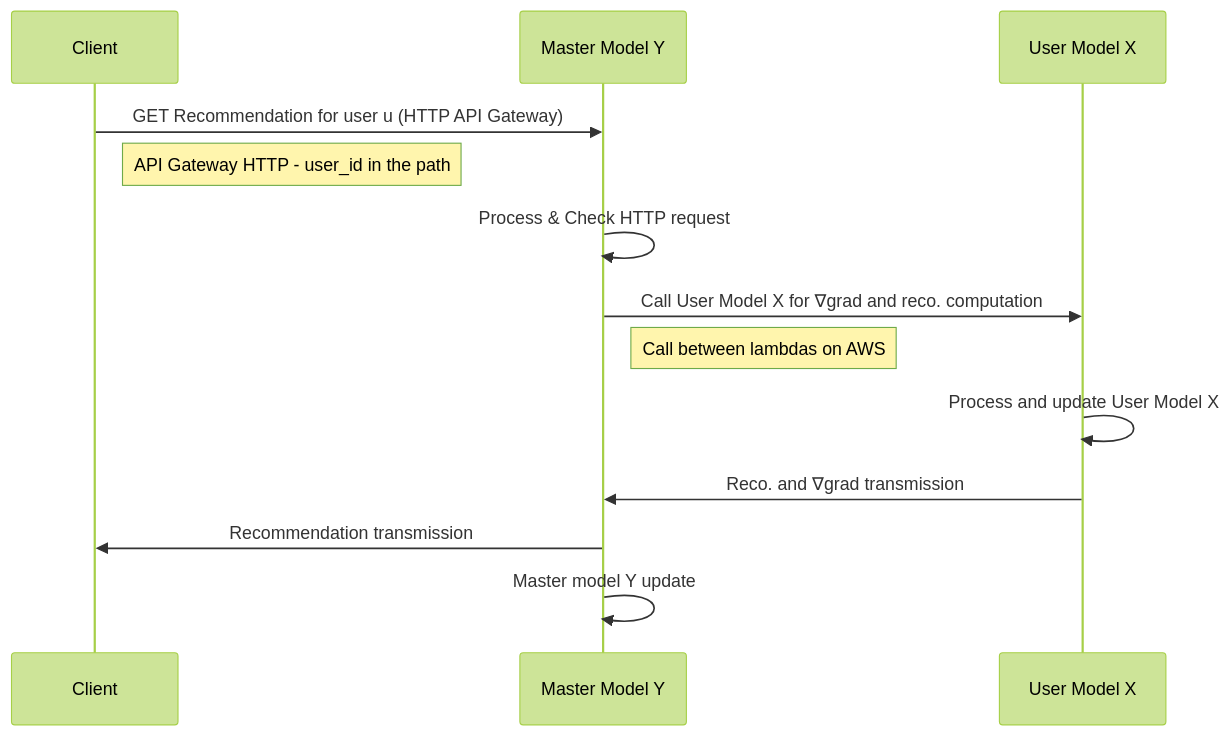
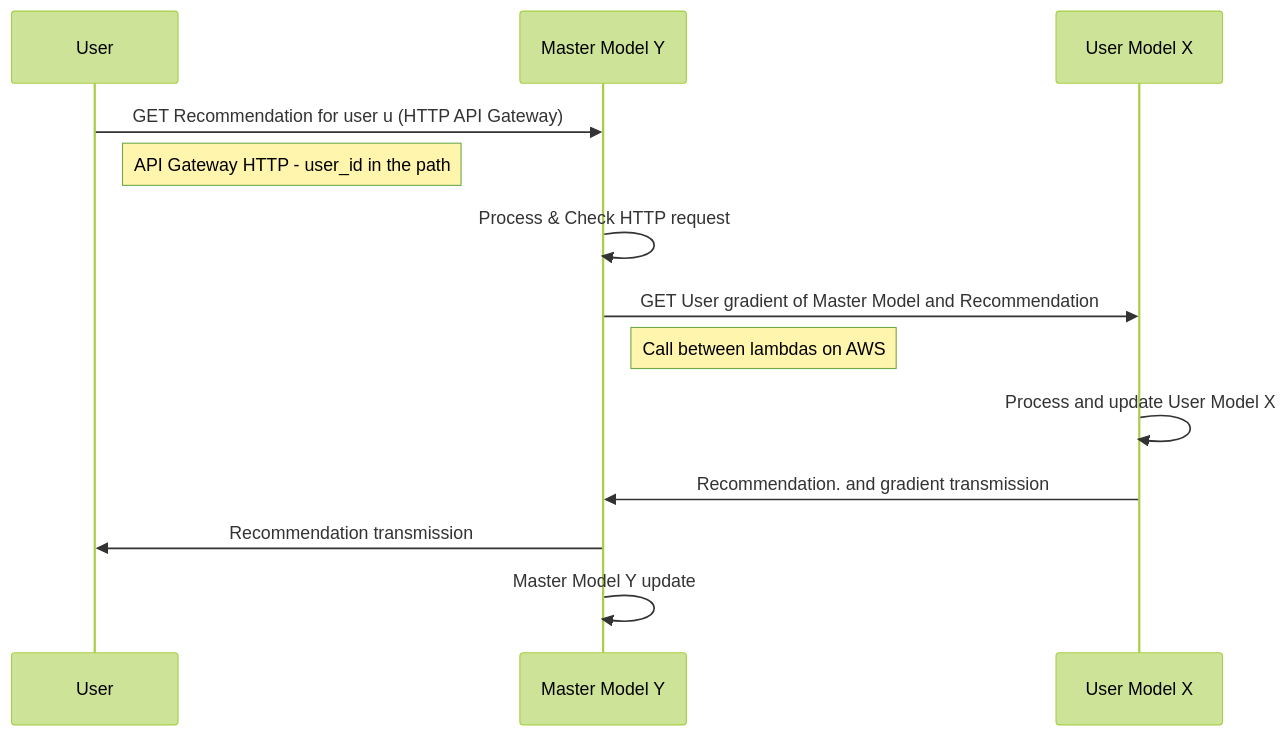
The first of 2 diagrams in recommender-system/README.md (AdrKacz/super-duper-guacamole), drawn with Mermaid (forest theme) before and after one commit. The commit also changed other lines of this file, not shown here.

````diff
--- a/recommender-system/README.md
+++ b/recommender-system/README.md
@@ -117,15 +118,15 @@
 ```mermaid
 sequenceDiagram
-      participant Client as Client
+      participant User as User
       participant Model as Master Model Y
       participant Model2 as User Model X
-      Client ->> Model: GET Recommendation for user u (HTTP API Gateway)
-      Note right of Client: API Gateway HTTP - user_id in the path
+      User ->> Model: GET Recommendation for user u (HTTP API Gateway)
+      Note right of User: API Gateway HTTP - user_id in the path
       Model ->> Model: Process & Check HTTP request
-      Model ->> Model2: Call User Model X for ∇grad and reco. computation
+      Model ->> Model2: GET User gradient of Master Model and Recommendation
       Note right of Model: Call between lambdas on AWS
       Model2 ->> Model2: Process and update User Model X
-      Model2 ->> Model: Reco. and ∇grad transmission
-      Model ->> Client: Recommendation transmission
-      Model ->> Model: Master model Y update 
+      Model2 ->> Model: Recommendation. and gradient transmission
+      Model ->> User: Recommendation transmission
+      Model ->> Model: Master Model Y update 
 ```
````
